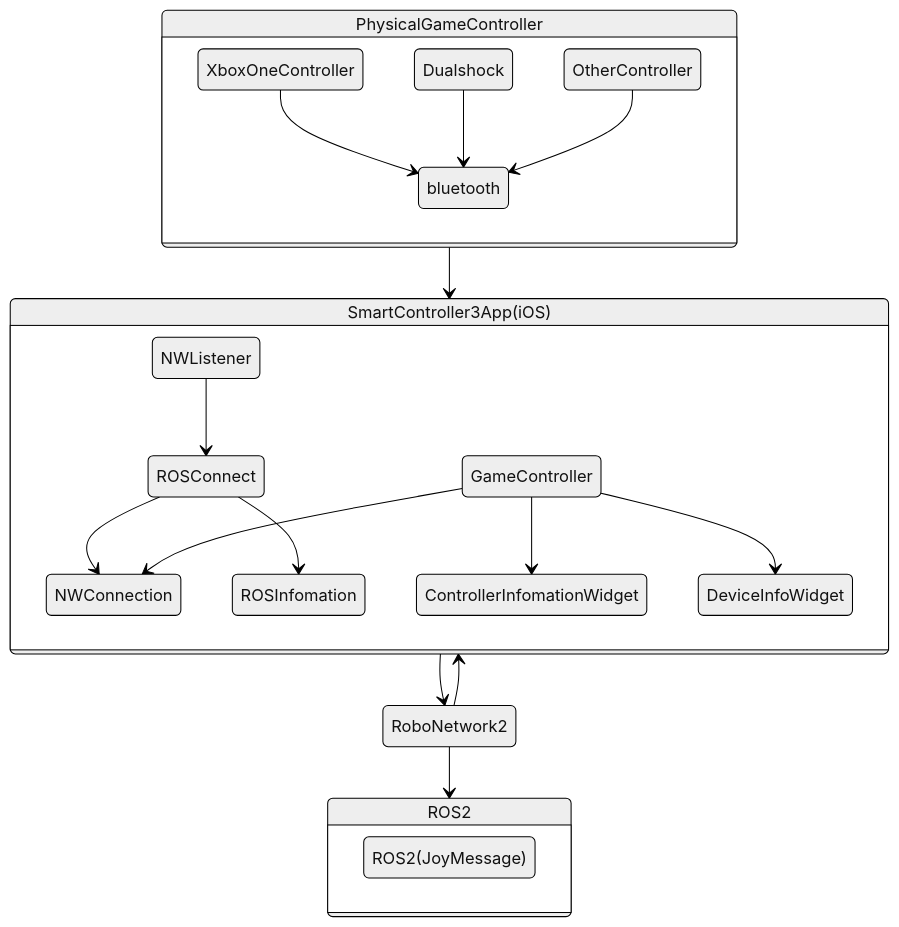
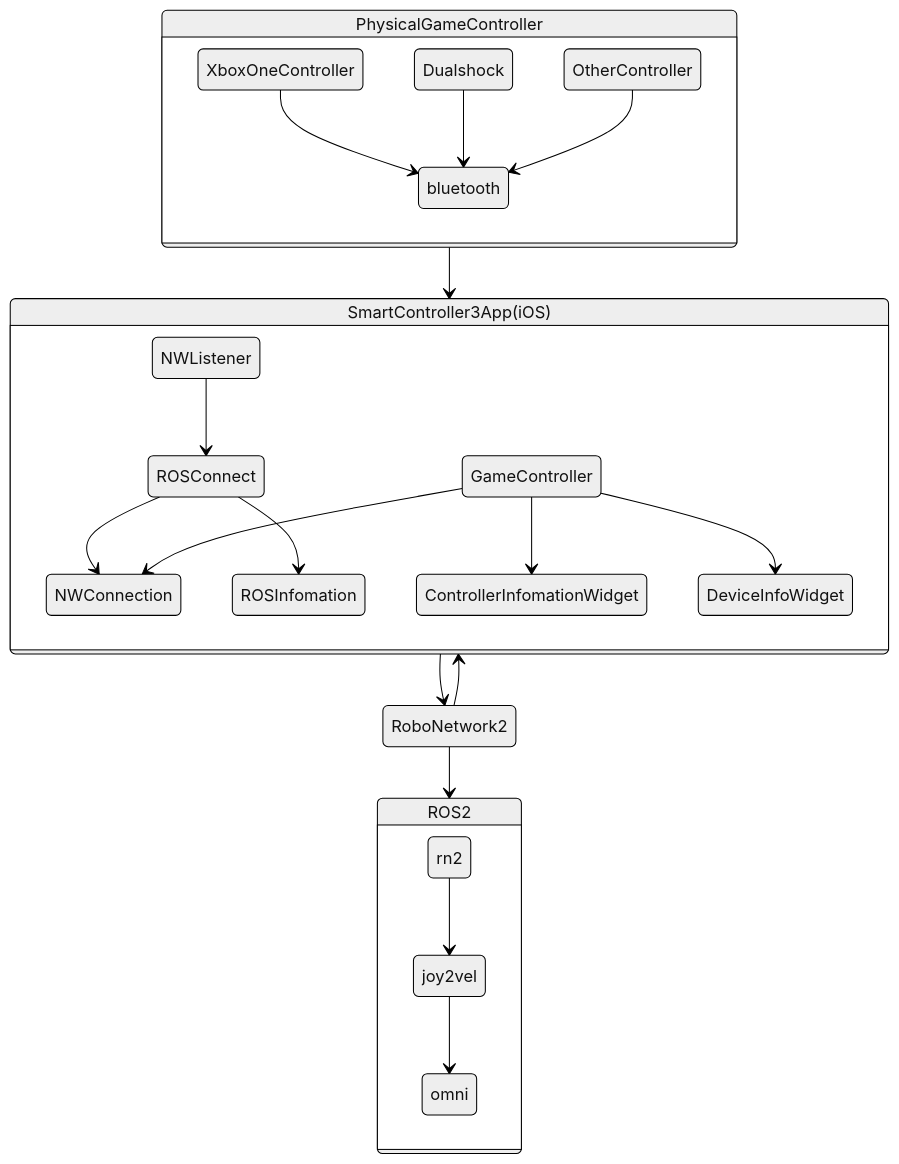
One commit to TakanoTaiga/Robo2022 changed the first of 2 diagrams in README.md. Above: the diagram before and after it, drawn with Mermaid (neutral theme).

Commit message:
開発の実態にアップデートしました

````diff
--- a/README.md
+++ b/README.md
@@ -7,29 +7,30 @@
 ```mermaid
 stateDiagram-v2
   PhysicalGameController --> SmartController3App(iOS)
   SmartController3App(iOS) --> RoboNetwork2
   RoboNetwork2 --> SmartController3App(iOS)
   RoboNetwork2 --> ROS2
   
   state PhysicalGameController{
   XboxOneController --> bluetooth
   Dualshock --> bluetooth
   OtherController --> bluetooth
   }
 
   state SmartController3App(iOS){
   NWListener --> ROSConnect
   ROSConnect --> NWConnection
   ROSConnect --> ROSInfomation
   GameController --> NWConnection
   GameController --> ControllerInfomationWidget
   GameController --> DeviceInfoWidget
   
   }
   state ROS2{
-  ROS2(JoyMessage)
+  rn2 --> joy2vel
+  joy2vel --> omni
   }
  
   
 
 ```
````
